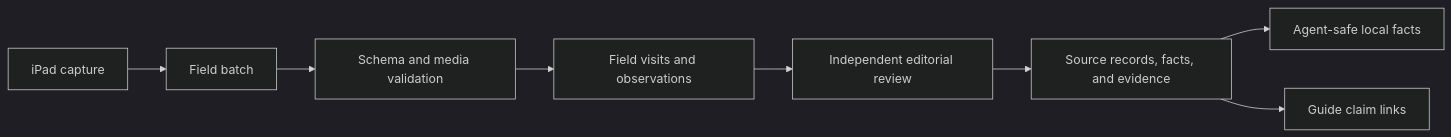
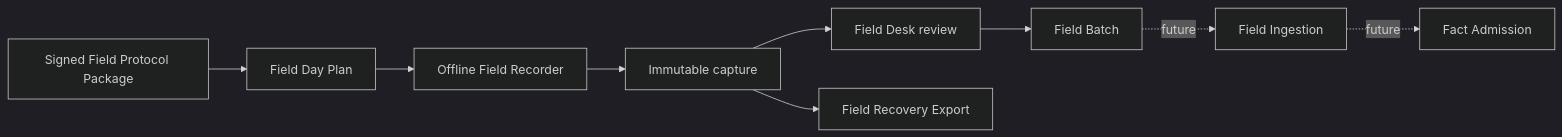
Before and after one commit to ametel01/ask-siargao: the diagram in documentation/developer/reference/field-research-data-model.md, drawn with Mermaid (dark theme). The commit also changed other lines of this file and 260 other files, not shown here.

First line of the commit message:
Deliver the deterministic offline Field Workspace (#247)

````diff
--- a/documentation/developer/reference/field-research-data-model.md
+++ b/documentation/developer/reference/field-research-data-model.md
@@ -40,10 +29,11 @@
 ```mermaid
 flowchart LR
-  A["iPad capture"] --> B["Field batch"]
-  B --> C["Schema and media validation"]
-  C --> D["Field visits and observations"]
-  D --> E["Independent editorial review"]
-  E --> F["Source records, facts, and evidence"]
-  F --> G["Agent-safe local facts"]
-  F --> H["Guide claim links"]
+  A["Signed Field Protocol Package"] --> B["Field Day Plan"]
+  B --> C["Offline Field Recorder"]
+  C --> D["Immutable capture"]
+  D --> E["Field Desk review"]
+  D --> F["Field Recovery Export"]
+  E --> G["Field Batch"]
+  G -. future .-> H["Field Ingestion"]
+  H -. future .-> I["Fact Admission"]
 ```
````
